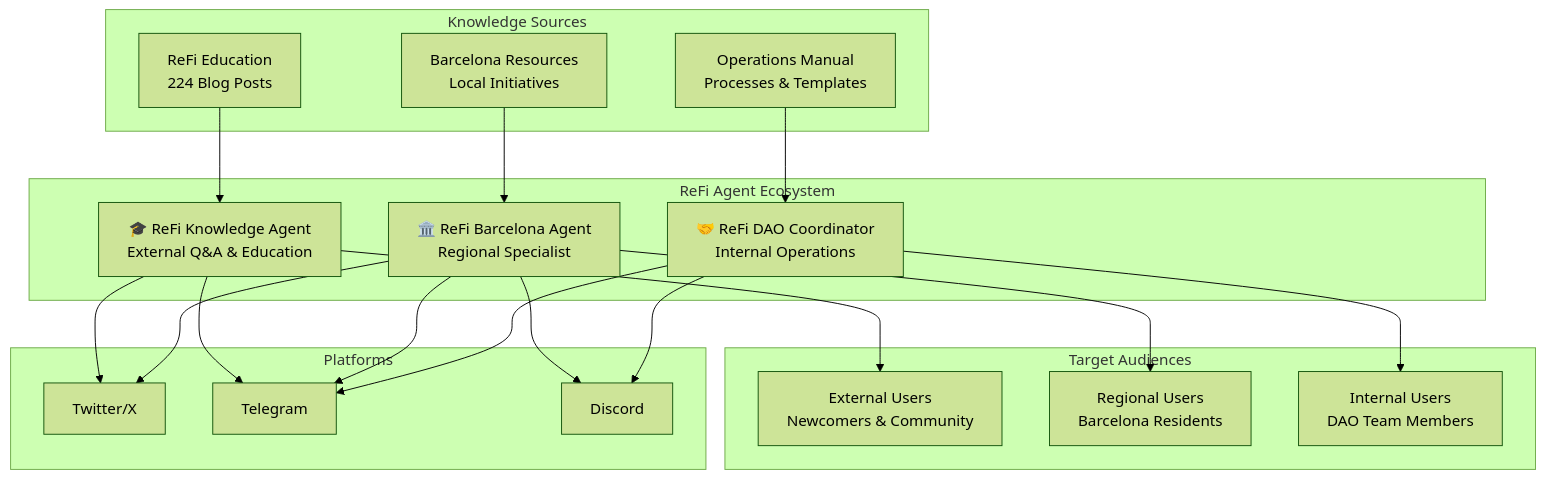
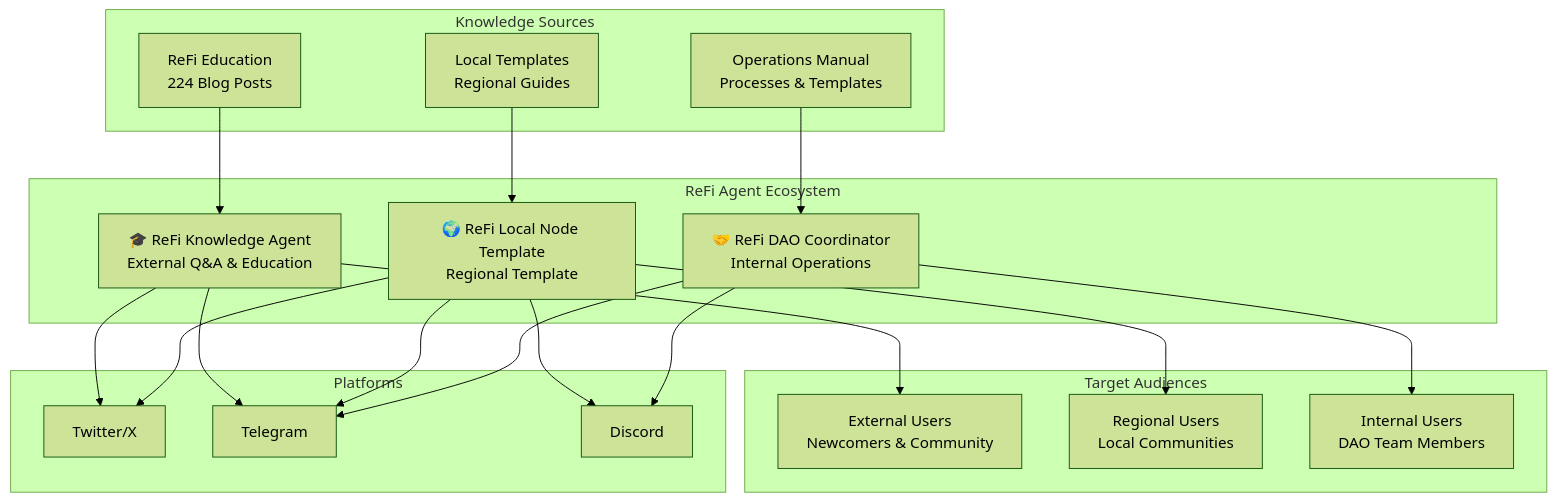
One commit to ReFiDAO/regen_eliza-refi_dao changed the first of 10 diagrams in README_full.md. Above: the diagram before and after it, drawn with Mermaid (forest theme). The commit also changed other lines of this file and 1 other file, not shown here.

First line of the commit message:
docs: simplify and reorganize Mermaid diagrams for better clarity

````diff
--- a/README_full.md
+++ b/README_full.md
@@ -9,42 +9,42 @@
 ```mermaid
 graph TB
     subgraph "ReFi Agent Ecosystem"
         KA[🎓 ReFi Knowledge Agent<br/>External Q&A & Education]
-        BA[🏛️ ReFi Barcelona Agent<br/>Regional Specialist]
+        LNT[🌍 ReFi Local Node Template<br/>Regional Template]
         CA[🤝 ReFi DAO Coordinator<br/>Internal Operations]
     end
     
     subgraph "Target Audiences"
         EXT[External Users<br/>Newcomers & Community]
-        REG[Regional Users<br/>Barcelona Residents]
+        REG[Regional Users<br/>Local Communities]
         INT[Internal Users<br/>DAO Team Members]
     end
     
     subgraph "Platforms"
         TW[Twitter/X]
         TG[Telegram]
         DC[Discord]
     end
     
     subgraph "Knowledge Sources"
         KB1[ReFi Education<br/>224 Blog Posts]
-        KB2[Barcelona Resources<br/>Local Initiatives]
+        KB2[Local Templates<br/>Regional Guides]
         KB3[Operations Manual<br/>Processes & Templates]
     end
     
     KA --> EXT
-    BA --> REG
+    LNT --> REG
     CA --> INT
     
     KA --> TW
     KA --> TG
-    BA --> TW
-    BA --> TG
-    BA --> DC
+    LNT --> TW
+    LNT --> TG
+    LNT --> DC
     CA --> TG
     CA --> DC
     
     KB1 --> KA
-    KB2 --> BA
+    KB2 --> LNT
     KB3 --> CA
 ```
````
